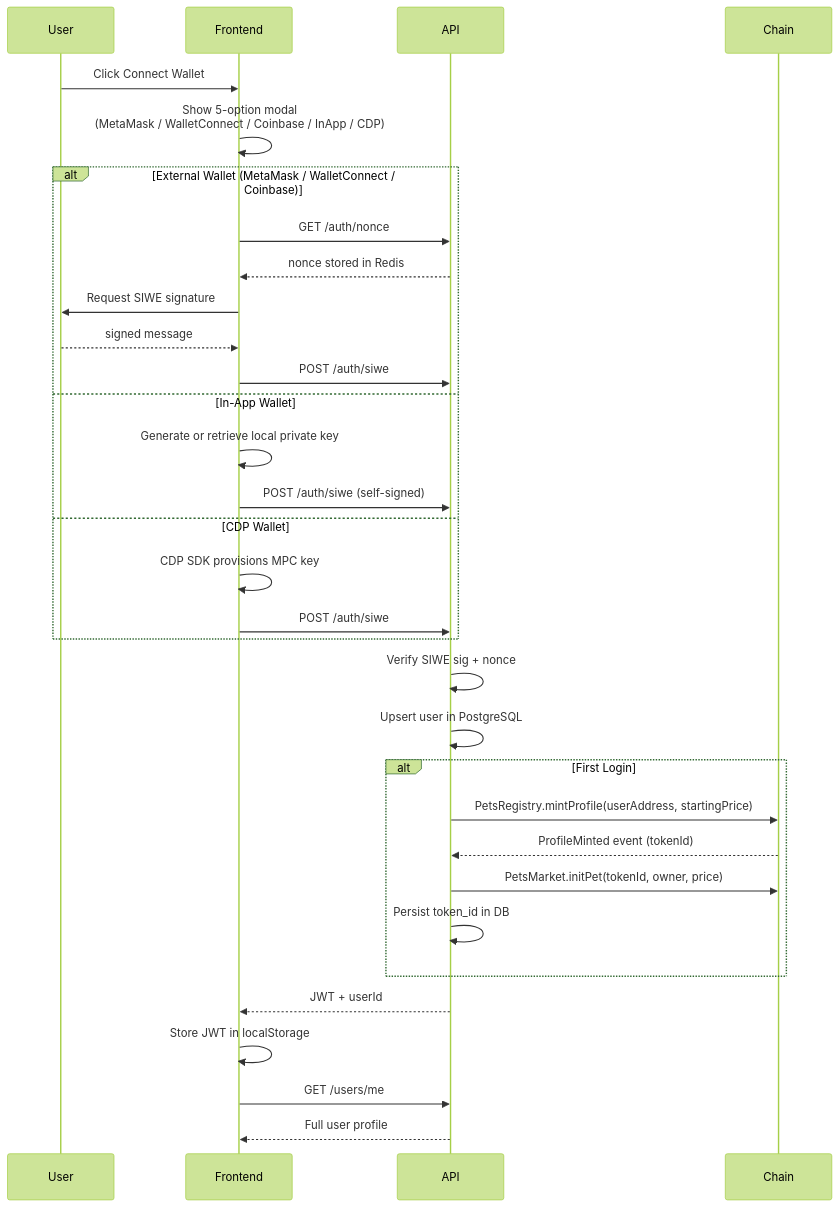
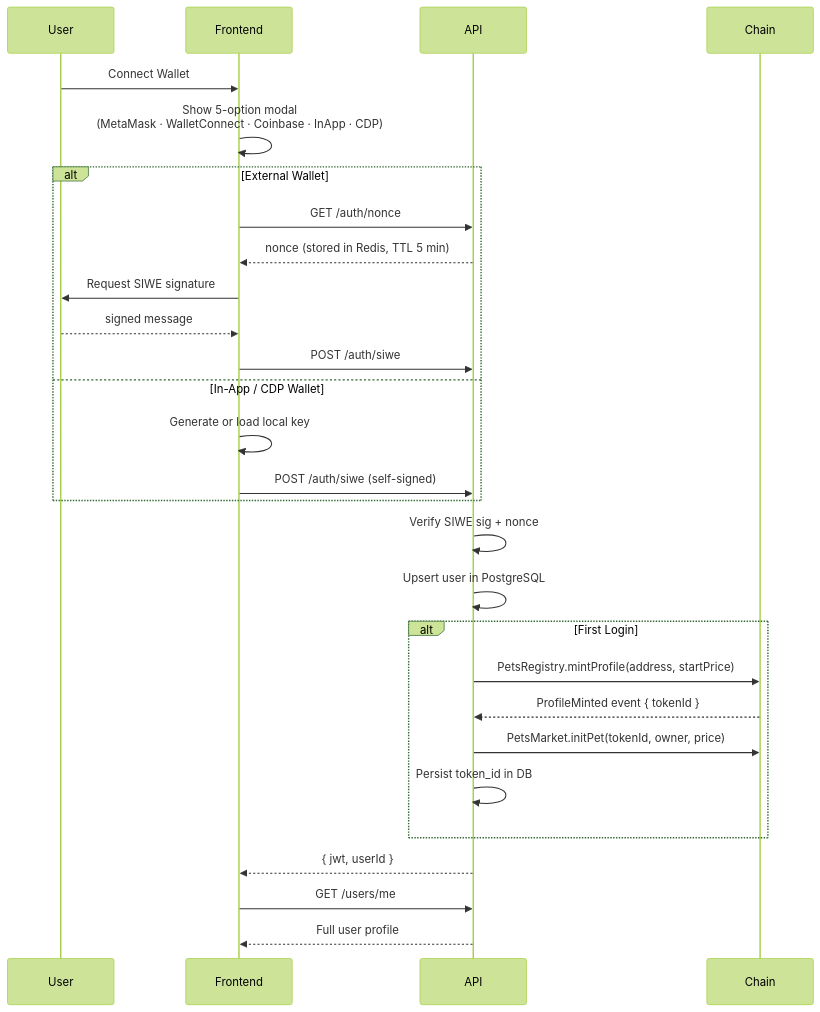
The second of 4 diagrams in README.md (BlockX-AI/Bae4You), drawn with Mermaid (forest theme) before and after one commit. The commit also changed other lines of this file, not shown here.

````diff
--- a/README.md
+++ b/README.md
@@ -400,39 +338,35 @@
 ```mermaid
 sequenceDiagram
     participant User
     participant Frontend
     participant API
     participant Chain
 
-    User->>Frontend: Click Connect Wallet
-    Frontend->>Frontend: Show 5-option modal<br/>(MetaMask / WalletConnect / Coinbase / InApp / CDP)
+    User->>Frontend: Connect Wallet
+    Frontend->>Frontend: Show 5-option modal<br/>(MetaMask · WalletConnect · Coinbase · InApp · CDP)
 
-    alt External Wallet (MetaMask / WalletConnect / Coinbase)
+    alt External Wallet
         Frontend->>API: GET /auth/nonce
-        API-->>Frontend: nonce stored in Redis
+        API-->>Frontend: nonce (stored in Redis, TTL 5 min)
         Frontend->>User: Request SIWE signature
         User-->>Frontend: signed message
         Frontend->>API: POST /auth/siwe
-    else In-App Wallet
-        Frontend->>Frontend: Generate or retrieve local private key
+    else In-App / CDP Wallet
+        Frontend->>Frontend: Generate or load local key
         Frontend->>API: POST /auth/siwe (self-signed)
-    else CDP Wallet
-        Frontend->>Frontend: CDP SDK provisions MPC key
-        Frontend->>API: POST /auth/siwe
     end
 
     API->>API: Verify SIWE sig + nonce
     API->>API: Upsert user in PostgreSQL
 
     alt First Login
-        API->>Chain: PetsRegistry.mintProfile(userAddress, startingPrice)
-        Chain-->>API: ProfileMinted event (tokenId)
+        API->>Chain: PetsRegistry.mintProfile(address, startPrice)
+        Chain-->>API: ProfileMinted event { tokenId }
         API->>Chain: PetsMarket.initPet(tokenId, owner, price)
         API->>API: Persist token_id in DB
     end
 
-    API-->>Frontend: JWT + userId
-    Frontend->>Frontend: Store JWT in localStorage
+    API-->>Frontend: { jwt, userId }
     Frontend->>API: GET /users/me
     API-->>Frontend: Full user profile
 ```
````
